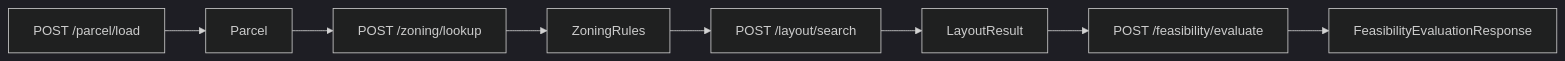
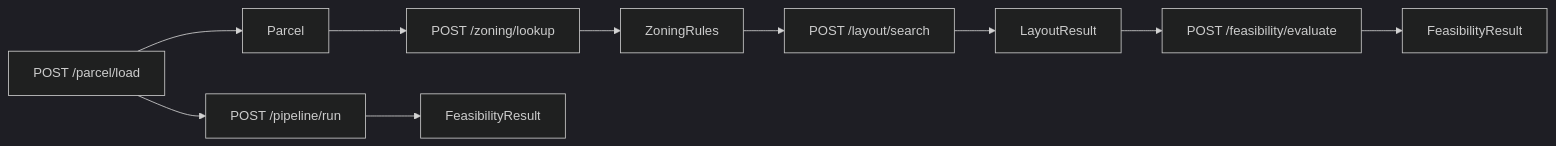
Before and after one commit to adarench/land_intelligence_core: the first of 2 diagrams in docs/architecture/pipeline_overview.md, drawn with Mermaid (dark theme). The commit also changed other lines of this file and 770 other files, not shown here.

````diff
--- a/docs/architecture/pipeline_overview.md
+++ b/docs/architecture/pipeline_overview.md
@@ -30,10 +31,13 @@
 ```mermaid
 flowchart LR
     A[POST /parcel/load] --> B[Parcel]
     B --> C[POST /zoning/lookup]
     C --> D[ZoningRules]
     D --> E[POST /layout/search]
     E --> F[LayoutResult]
     F --> G[POST /feasibility/evaluate]
-    G --> H[FeasibilityEvaluationResponse]
+    G --> H[FeasibilityResult]
+
+    A --> I[POST /pipeline/run]
+    I --> J[FeasibilityResult]
 ```
````
